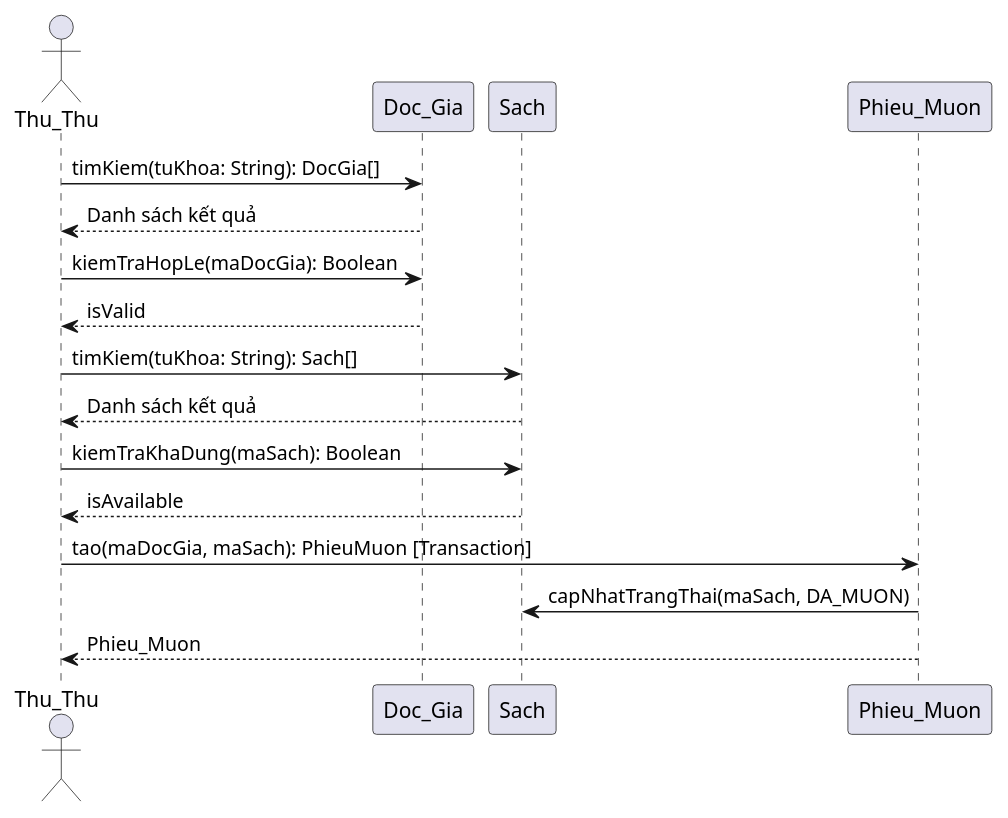
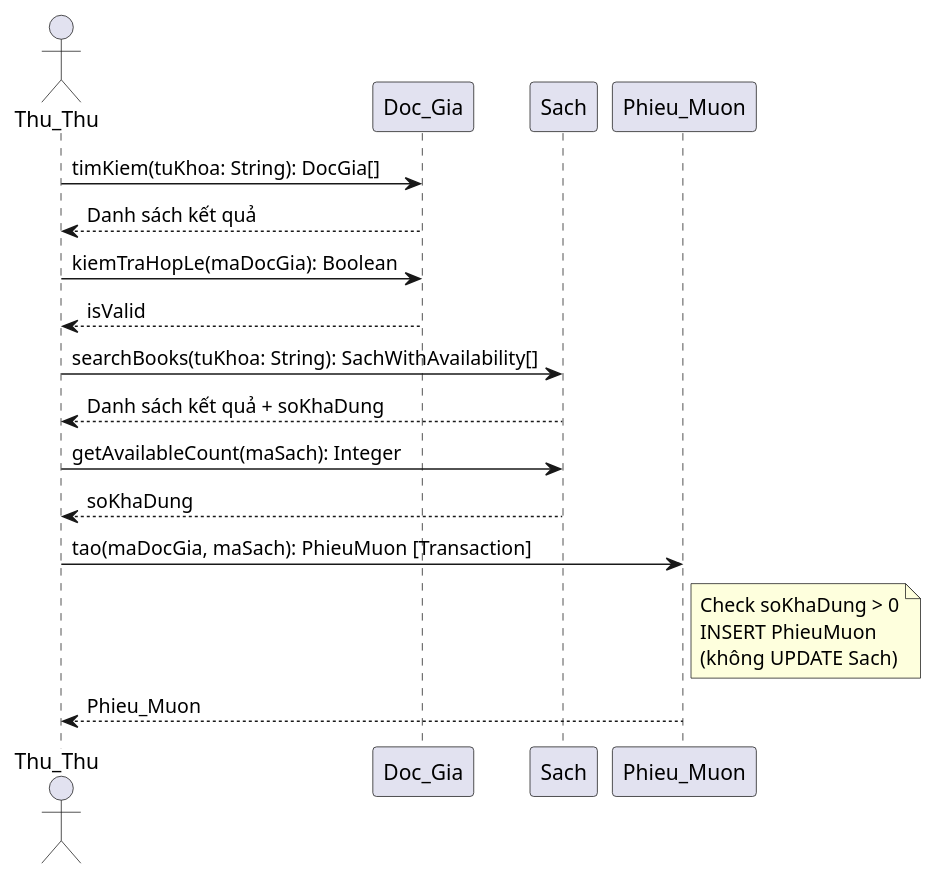
Before and after one commit to NPhamDoan/FULL_QLThuVien: the eighth of 18 diagrams in .kiro/document/BaoCao_PhanTich_ThietKe_PlantUML.md, drawn with PlantUML. The commit also changed other lines of this file and 37 other files, not shown here.

````diff
--- a/.kiro/document/BaoCao_PhanTich_ThietKe_PlantUML.md
+++ b/.kiro/document/BaoCao_PhanTich_ThietKe_PlantUML.md
@@ -279,20 +304,20 @@
 ```plantuml
 @startuml
 actor "Thu_Thu" as TT
 participant "Doc_Gia" as DG
 participant "Sach" as S
 participant "Phieu_Muon" as PM
 
 TT -> DG : timKiem(tuKhoa: String): DocGia[]
 DG --> TT : Danh sách kết quả
 TT -> DG : kiemTraHopLe(maDocGia): Boolean
 DG --> TT : isValid
-TT -> S : timKiem(tuKhoa: String): Sach[]
-S --> TT : Danh sách kết quả
-TT -> S : kiemTraKhaDung(maSach): Boolean
-S --> TT : isAvailable
+TT -> S : searchBooks(tuKhoa: String): SachWithAvailability[]
+S --> TT : Danh sách kết quả + soKhaDung
+TT -> S : getAvailableCount(maSach): Integer
+S --> TT : soKhaDung
 TT -> PM : tao(maDocGia, maSach): PhieuMuon [Transaction]
-PM -> S : capNhatTrangThai(maSach, DA_MUON)
+note right of PM : Check soKhaDung > 0\nINSERT PhieuMuon\n(không UPDATE Sach)
 PM --> TT : Phieu_Muon
 @enduml
 ```
````
